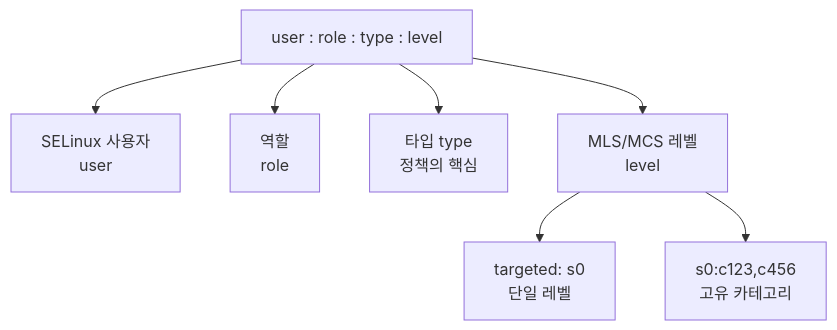
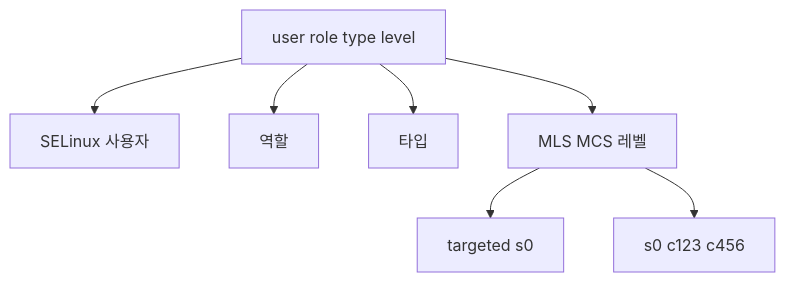
One commit to moonblueblue/devops-wiki changed the first of 2 diagrams in content/linux/linux-security/selinux.md. Above: the diagram before and after it, drawn with Mermaid. The commit also changed other lines of this file and 37 other files, not shown here.

First line of the commit message:
style: linux 카테고리 ASCII 도표·Mermaid 라벨 형식 교정

````diff
--- a/content/linux/linux-security/selinux.md
+++ b/content/linux/linux-security/selinux.md
@@ -73,11 +73,11 @@
 ```mermaid
 graph TD
-    LABEL["user : role : type : level"]
-    LABEL --> U["SELinux 사용자\nuser"]
-    LABEL --> R["역할\nrole"]
-    LABEL --> T["타입 type\n정책의 핵심"]
-    LABEL --> L["MLS/MCS 레벨\nlevel"]
+    LABEL["user role type level"]
+    LABEL --> U["SELinux 사용자"]
+    LABEL --> R["역할"]
+    LABEL --> T["타입"]
+    LABEL --> L["MLS MCS 레벨"]
 
-    L --> L1["targeted: s0\n단일 레벨"]
-    L --> L2["s0:c123,c456\n고유 카테고리"]
+    L --> L1["targeted s0"]
+    L --> L2["s0 c123 c456"]
 ```
````
